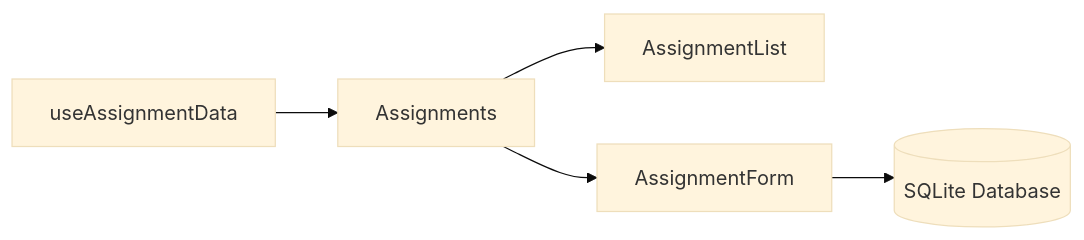
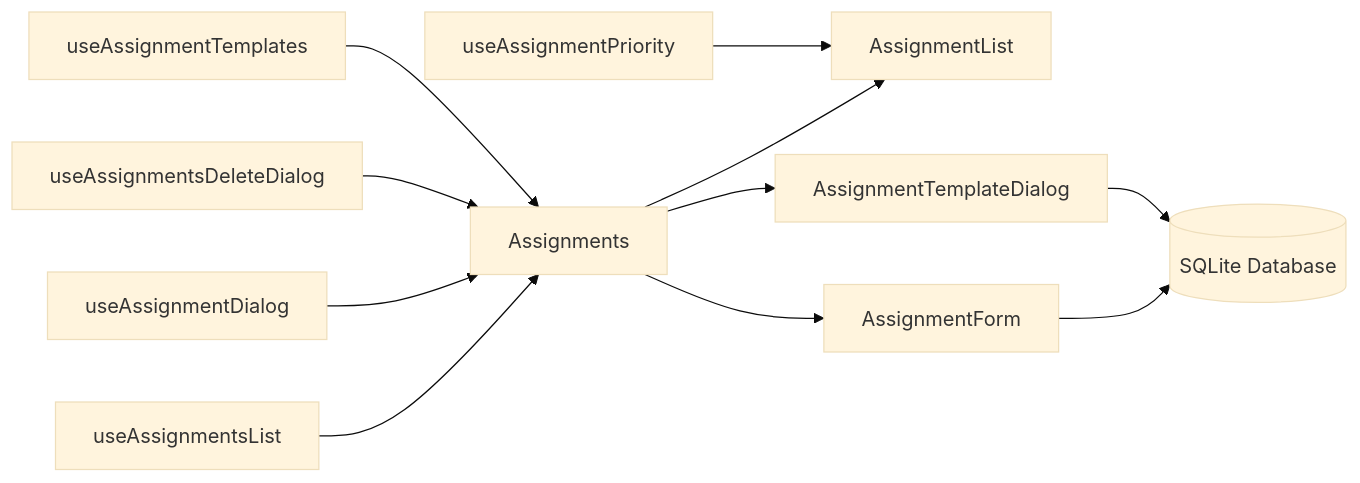
Before and after one commit to nickth3man/classbeta: the diagram in development-context.md, drawn with Mermaid (base theme). The commit also changed other lines of this file and 41 other files, not shown here.

````diff
--- a/development-context.md
+++ b/development-context.md
@@ -58,7 +66,13 @@
 ```mermaid
 flowchart LR
-  A[useAssignmentData] --> B[Assignments]
+  A[useAssignmentsList] --> B[Assignments]
   B --> C[AssignmentList]
-  B --> D[AssignmentForm]
-  D --> E[(SQLite Database)]
+  D[useAssignmentDialog] --> B
+  E[useAssignmentsDeleteDialog] --> B
+  F[useAssignmentPriority] --> C
+  G[useAssignmentTemplates] --> B
+  B --> H[AssignmentForm]
+  B --> I[AssignmentTemplateDialog]
+  H --> J[(SQLite Database)]
+  I --> J
 ```
````
